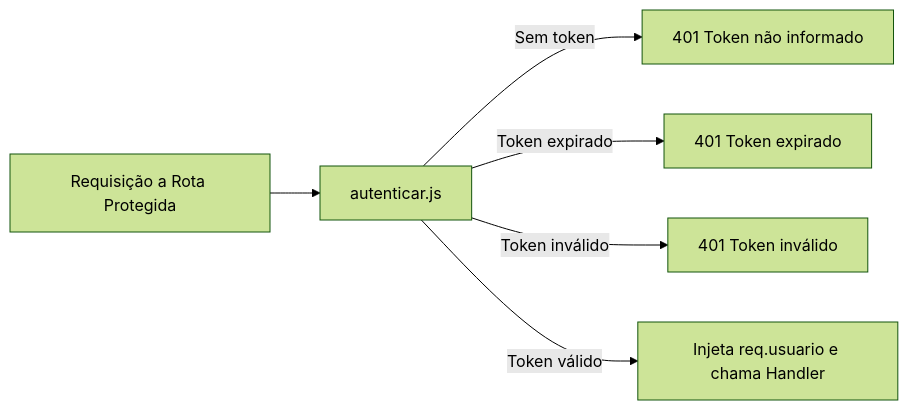
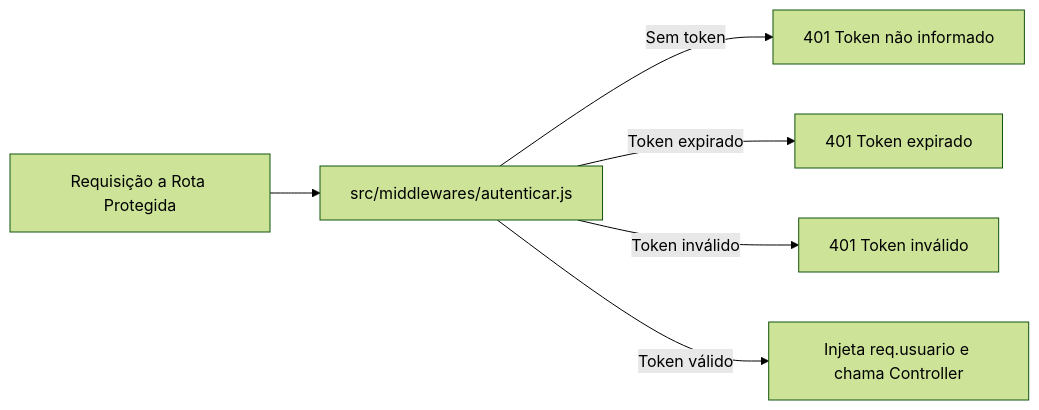
Before and after one commit to DaviAravechiaFMP/sistemaDeDoacoesBack: the second of 3 diagrams in README.md, drawn with Mermaid (forest theme). The commit also changed other lines of this file and 5 other files, not shown here.

````diff
--- a/README.md
+++ b/README.md
@@ -123,8 +140,8 @@
 ```mermaid
 flowchart LR
-    Req["Requisição a Rota Protegida"] --> MW["autenticar.js"]
+    Req["Requisição a Rota Protegida"] --> MW["src/middlewares/autenticar.js"]
     MW -->|Sem token| A1["401 Token não informado"]
     MW -->|Token expirado| A2["401 Token expirado"]
     MW -->|Token inválido| A3["401 Token inválido"]
-    MW -->|Token válido| Next["Injeta req.usuario e chama Handler"]
+    MW -->|Token válido| Next["Injeta req.usuario e chama Controller"]
 ```
````
